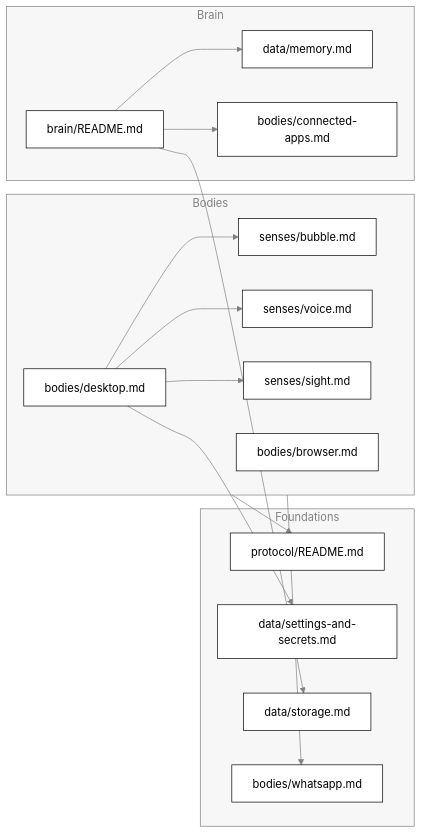
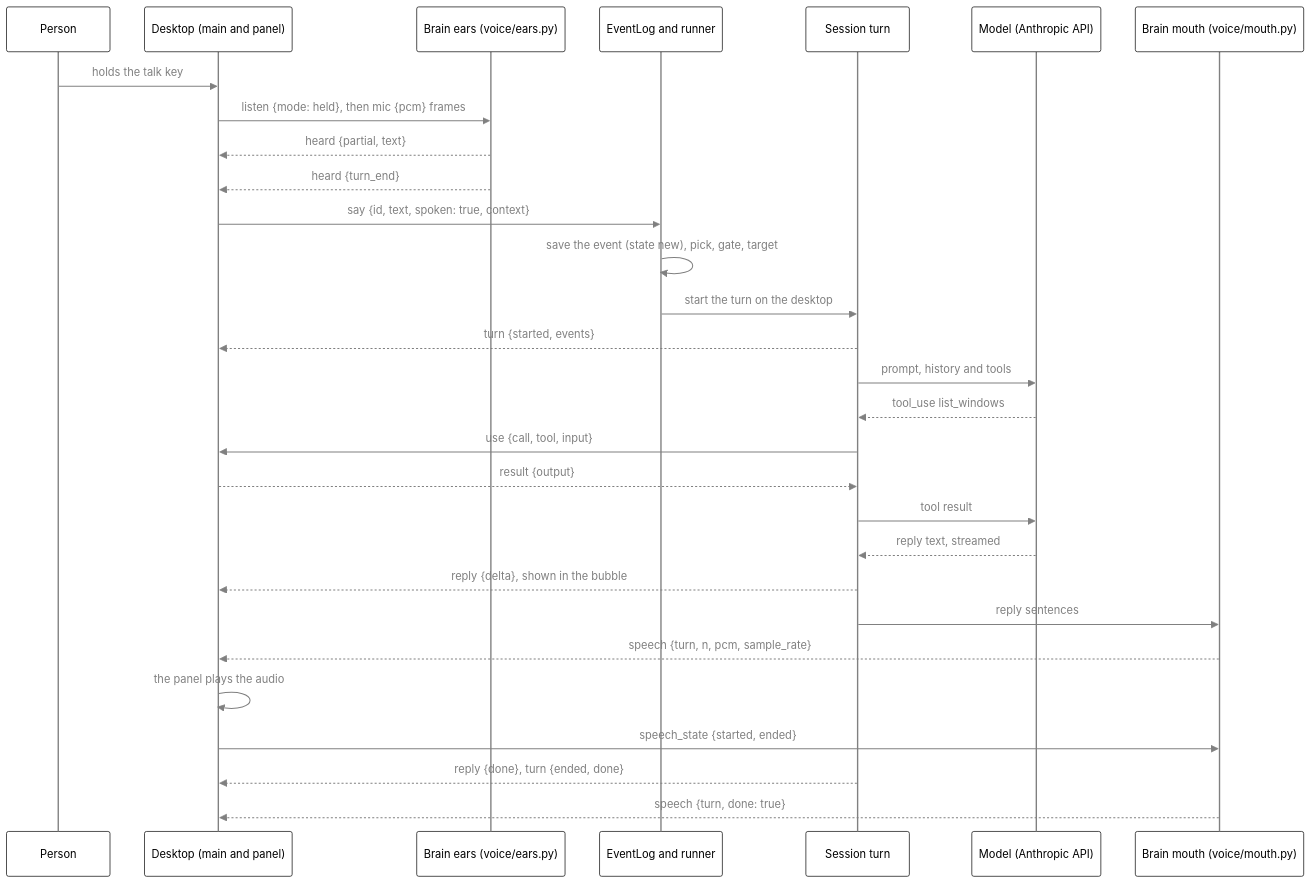
Before and after one commit to nadeem4/tagalong: the fourth of 4 diagrams in docs/architecture.md, drawn with Mermaid. The commit also changed other lines of this file and 6 other files, not shown here.

Commit message:
docs: architecture overview, reading paths and protocol session flow

````diff
--- a/docs/architecture.md
+++ b/docs/architecture.md
@@ -221,31 +170,32 @@
 ```mermaid
-%%{init: {"theme": "base", "themeVariables": {"primaryColor": "#ffffff", "primaryTextColor": "#000000", "primaryBorderColor": "#000000", "lineColor": "#808080", "arrowheadColor": "#808080", "secondaryColor": "#f2f2f2", "tertiaryColor": "#ffffff", "clusterBkg": "#f7f7f7", "clusterBorder": "#808080", "edgeLabelBackground": "#ffffff", "titleColor": "#808080", "actorBkg": "#ffffff", "actorBorder": "#000000", "actorTextColor": "#000000", "actorLineColor": "#808080", "signalColor": "#808080", "signalTextColor": "#808080", "sequenceNumberColor": "#ffffff", "labelBoxBkgColor": "#ffffff", "labelBoxBorderColor": "#808080", "labelTextColor": "#000000", "loopTextColor": "#808080", "noteBkgColor": "#f7f7f7", "noteBorderColor": "#808080", "noteTextColor": "#000000", "activationBkgColor": "#f7f7f7", "activationBorderColor": "#808080", "fontFamily": "Segoe UI, Helvetica, Arial, sans-serif"}}}%%
-flowchart LR
-  subgraph Bodies
-    DK["bodies/desktop.md"]
-    BU["senses/bubble.md"]
-    VO["senses/voice.md"]
-    SI["senses/sight.md"]
-    BX["bodies/browser.md"]
-  end
-  subgraph Brain
-    BR["brain/README.md"]
-    ME["data/memory.md"]
-    CA["bodies/connected-apps.md"]
-  end
-  subgraph Foundations
-    PR["protocol/README.md"]
-    SS["data/settings-and-secrets.md"]
-    ST["data/storage.md"]
-    WA["bodies/whatsapp.md"]
-  end
-  DK --> BU
-  DK --> VO
-  DK --> SI
-  BR --> ME
-  BR --> CA
-  Bodies --> PR
-  DK --> SS
-  BR --> ST
-  Bodies --> WA
+%%{init: {"theme": "base", "themeVariables": {"primaryColor": "#ffffff", "primaryTextColor": "#000000", "primaryBorderColor": "#000000", "lineColor": "#808080", "arrowheadColor": "#808080", "secondaryColor": "#f2f2f2", "tertiaryColor": "#ffffff", "clusterBkg": "#f7f7f7", "clusterBorder": "#808080", "edgeLabelBackground": "#ffffff", "titleColor": "#808080", "actorBkg": "#ffffff", "actorBorder": "#000000", "actorTextColor": "#000000", "actorLineColor": "#808080", "signalColor": "#808080", "signalTextColor": "#808080", "sequenceNumberColor": "#ffffff", "labelBoxBkgColor": "#ffffff", "labelBoxBorderColor": "#808080", "labelTextColor": "#000000", "loopTextColor": "#808080", "noteBkgColor": "#f7f7f7", "noteBorderColor": "#808080", "noteTextColor": "#000000", "activationBkgColor": "#f7f7f7", "activationBorderColor": "#808080", "fontFamily": "Segoe UI, Helvetica, Arial, sans-serif"}, "themeCSS": ".relationshipLabelBox{opacity:1} .relationshipLabelBox rect{opacity:1}"}}%%
+sequenceDiagram
+  participant P as Person
+  participant D as Desktop (main and panel)
+  participant E as Brain ears (voice/ears.py)
+  participant L as EventLog and runner
+  participant S as Session turn
+  participant M as Model (Anthropic API)
+  participant O as Brain mouth (voice/mouth.py)
+  P->>D: holds the talk key
+  D->>E: listen {mode: held}, then mic {pcm} frames
+  E-->>D: heard {partial, text}
+  E-->>D: heard {turn_end}
+  D->>L: say {id, text, spoken: true, context}
+  L->>L: save the event (state new), pick, gate, target
+  L->>S: start the turn on the desktop
+  S-->>D: turn {started, events}
+  S->>M: prompt, history and tools
+  M-->>S: tool_use list_windows
+  S->>D: use {call, tool, input}
+  D-->>S: result {output}
+  S->>M: tool result
+  M-->>S: reply text, streamed
+  S-->>D: reply {delta}, shown in the bubble
+  S->>O: reply sentences
+  O-->>D: speech {turn, n, pcm, sample_rate}
+  D->>D: the panel plays the audio
+  D->>O: speech_state {started, ended}
+  S-->>D: reply {done}, turn {ended, done}
+  O-->>D: speech {turn, done: true}
 ```
````
